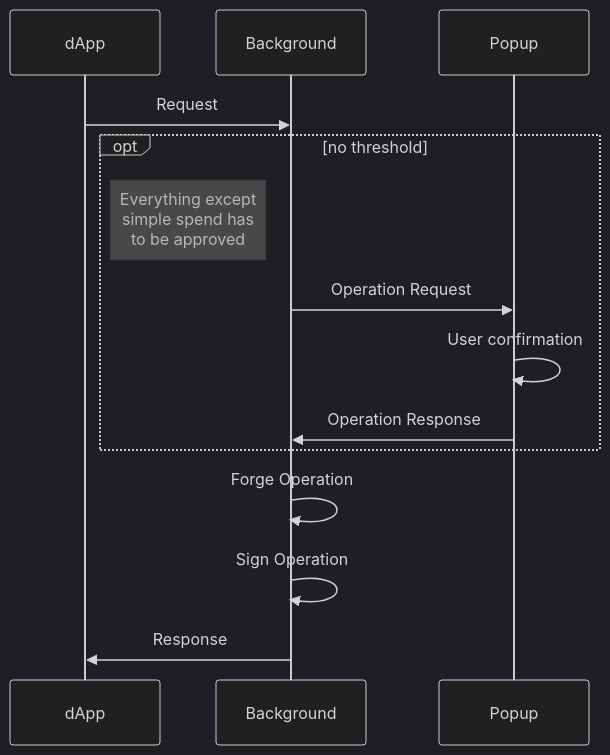
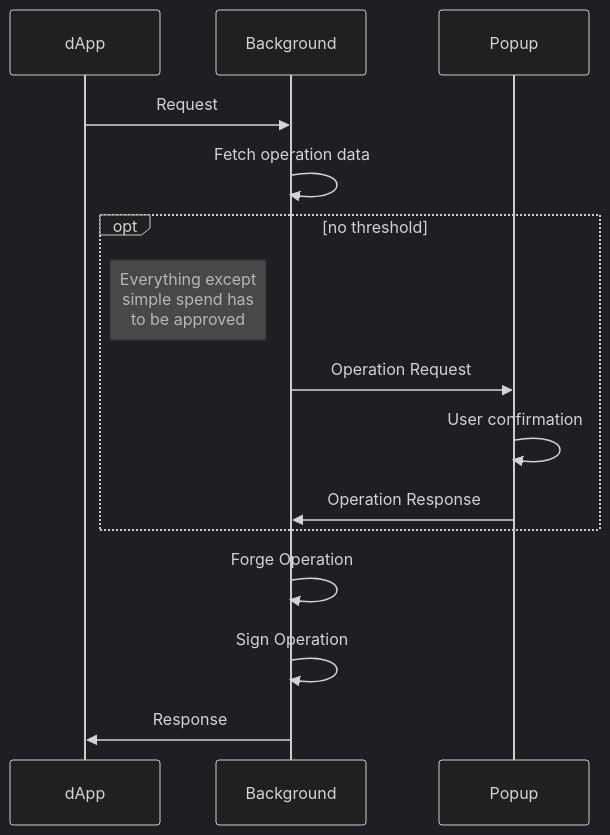
Before and after one commit to airgap-it/beacon-sdk: the third of 5 diagrams in flows/LocalMnemonic.md, drawn with Mermaid (dark theme).

Commit message:
feat(flow): update local mnemonic flow

````diff
--- a/flows/LocalMnemonic.md
+++ b/flows/LocalMnemonic.md
@@ -29,15 +29,16 @@
 ```mermaid
 sequenceDiagram
     dApp->>Background: Request
+    Background->>Background: Fetch operation data
     opt no threshold
         Note left of Background: Everything except<br/>simple spend has<br/>to be approved
         Background->>Popup: Operation Request
         Popup->>Popup: User confirmation
         Popup->>Background: Operation Response
     end
 
     Background->>Background: Forge Operation
     Background->>Background: Sign Operation
 
     Background->>dApp: Response
 ```
````
